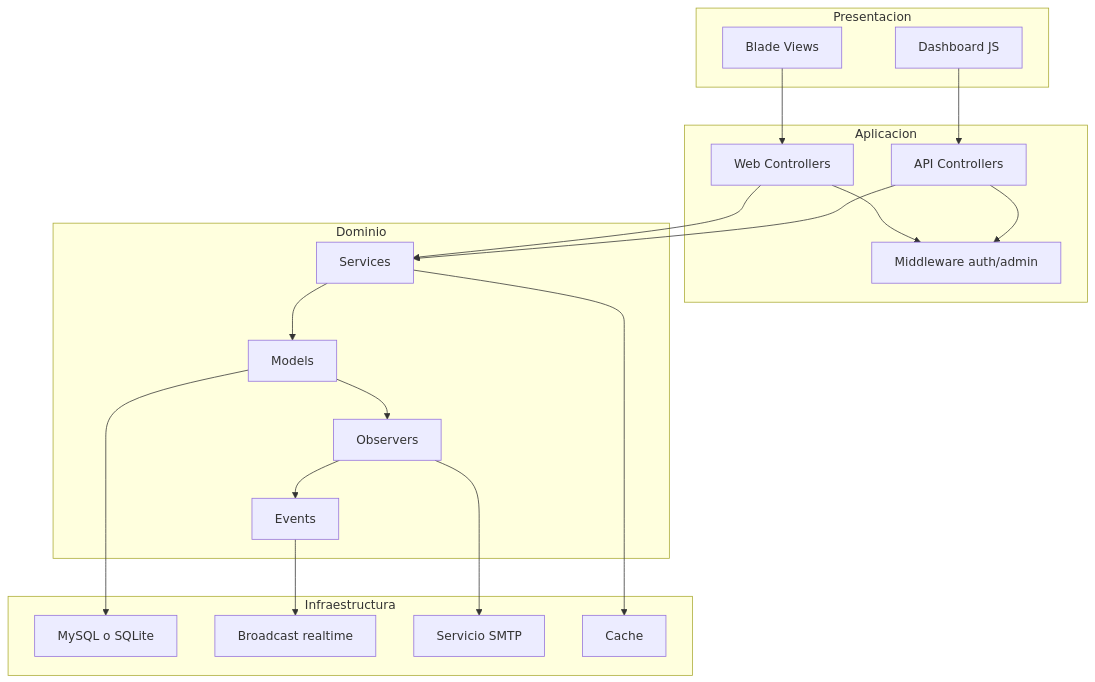
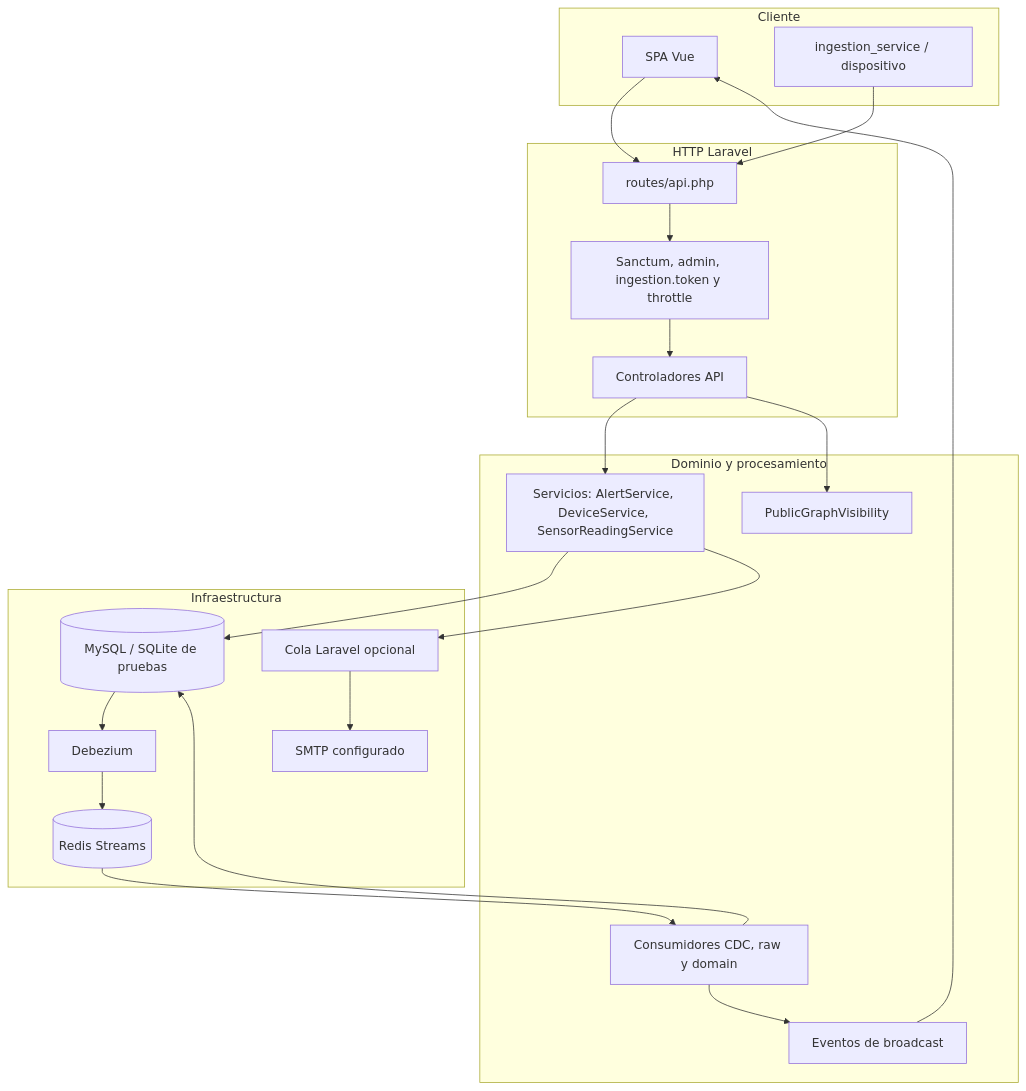
One commit to yojr23/iot-platform-v2 changed the fourth of 15 diagrams in README.md. Above: the diagram before and after it, drawn with Mermaid. The commit also changed other lines of this file and 464 other files, not shown here.

````diff
--- a/README.md
+++ b/README.md
@@ -351,41 +187,41 @@
-```mermaid
+~~~mermaid
 flowchart TB
-    subgraph Presentacion["Presentacion"]
-        UI["Blade Views"]
-        JS["Dashboard JS"]
+    subgraph Client["Cliente"]
+        SPA["SPA Vue"]
+        IngestClient["ingestion_service / dispositivo"]
+    end
+    subgraph Http["HTTP Laravel"]
+        Routes["routes/api.php"]
+        Controllers["Controladores API"]
+        Middleware["Sanctum, admin, ingestion.token y throttle"]
+    end
+    subgraph Domain["Dominio y procesamiento"]
+        Services["Servicios: AlertService, DeviceService, SensorReadingService"]
+        Visibility["PublicGraphVisibility"]
+        Consumers["Consumidores CDC, raw y domain"]
+        Events["Eventos de broadcast"]
+    end
+    subgraph Infra["Infraestructura"]
+        DB[(MySQL / SQLite de pruebas)]
+        Redis[(Redis Streams)]
+        Debezium["Debezium"]
+        Queue["Cola Laravel opcional"]
+        Mail["SMTP configurado"]
     end
 
-    subgraph Aplicacion["Aplicacion"]
-        WC["Web Controllers"]
-        AC["API Controllers"]
-        MW["Middleware auth/admin"]
-    end
-
-    subgraph Dominio["Dominio"]
-        SVC["Services"]
-        MOD["Models"]
-        OBS["Observers"]
-        EVT["Events"]
-    end
-
-    subgraph Infra["Infraestructura"]
-        DB["MySQL o SQLite"]
-        BRC["Broadcast realtime"]
-        SMTP["Servicio SMTP"]
-        CACHE["Cache"]
-    end
-
-    UI --> WC
-    JS --> AC
-    WC --> SVC
-    AC --> SVC
-    WC --> MW
-    AC --> MW
-    SVC --> MOD
-    MOD --> OBS
-    OBS --> EVT
-    MOD --> DB
-    EVT --> BRC
-    OBS --> SMTP
-    SVC --> CACHE
-```
+    SPA --> Routes
+    IngestClient --> Routes
+    Routes --> Middleware
+    Middleware --> Controllers
+    Controllers --> Services
+    Controllers --> Visibility
+    Services --> DB
+    Consumers --> DB
+    DB --> Debezium
+    Debezium --> Redis
+    Redis --> Consumers
+    Consumers --> Events
+    Events --> SPA
+    Services --> Queue
+    Queue --> Mail
+~~~
````
